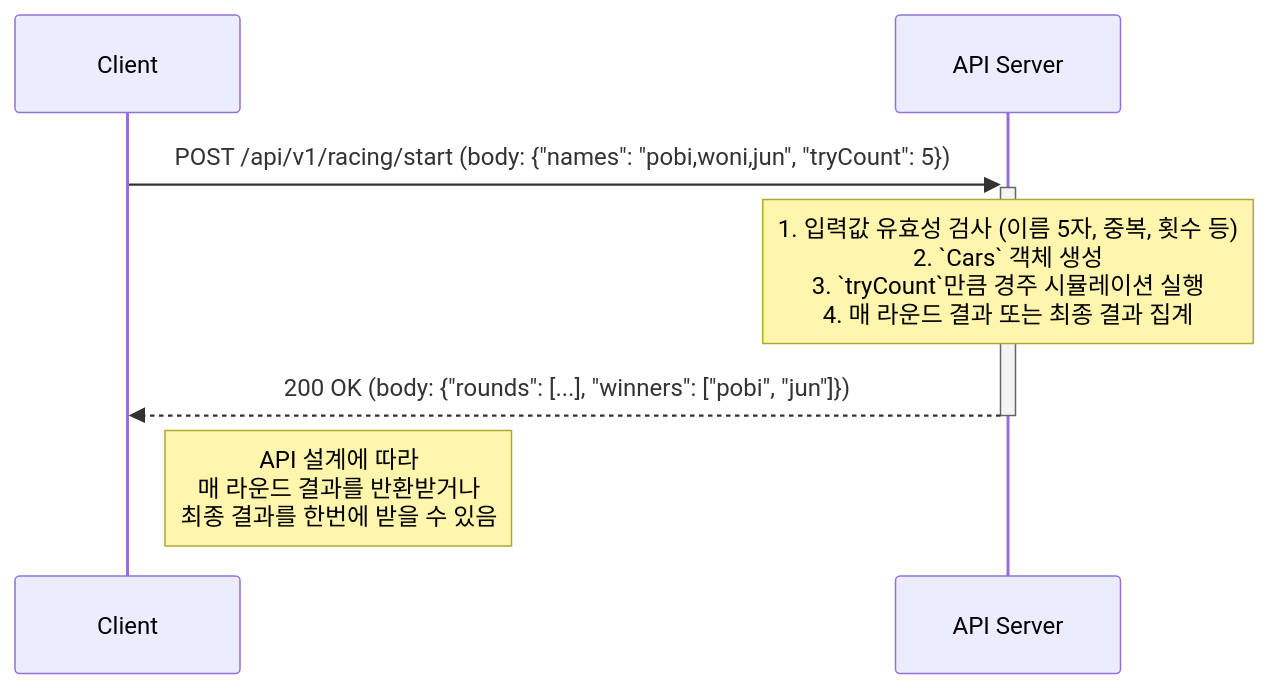
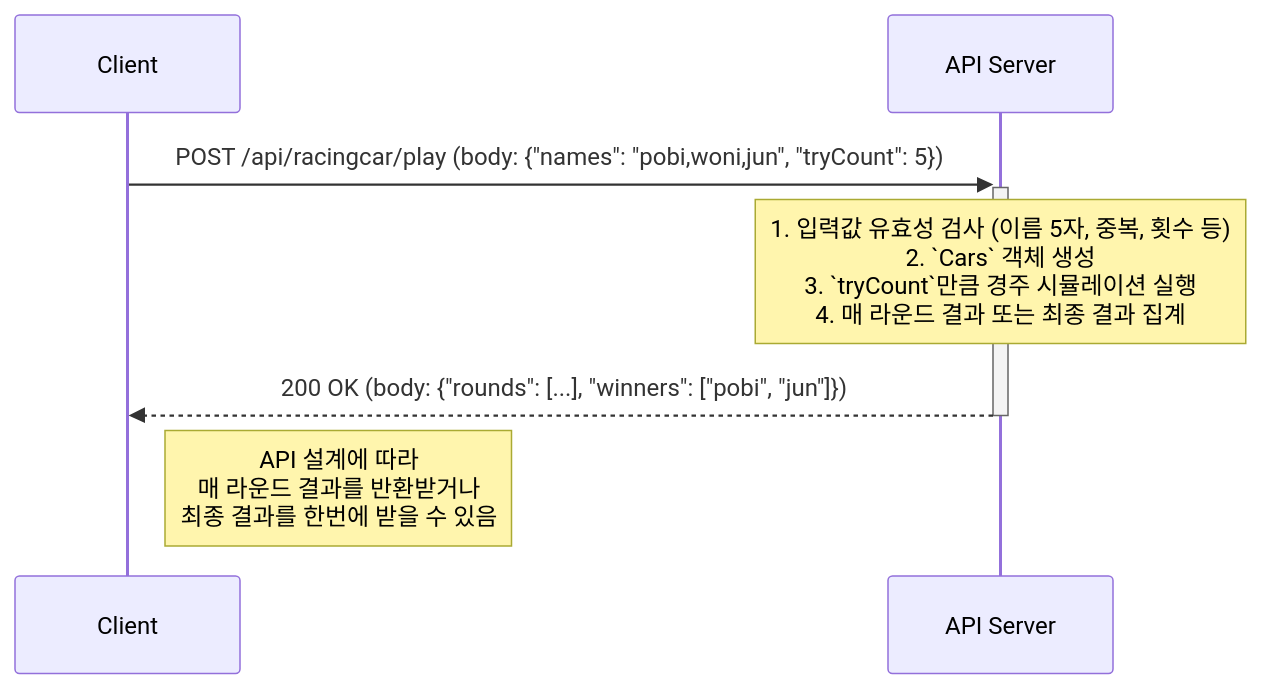
One commit to stdiodh/java-open-mission-8 changed the second of 3 diagrams in README.md. Above: the diagram before and after it, drawn with Mermaid. The commit also changed other lines of this file, not shown here.

First line of the commit message:
docs: API 흐름도 내 엔드포인트 URL 최신화함

````diff
--- a/README.md
+++ b/README.md
@@ -80,8 +80,8 @@
     ```mermaid
     sequenceDiagram
-        Client->>+API Server: POST /api/v1/racing/start (body: {"names": "pobi,woni,jun", "tryCount": 5})
+        Client->>+API Server: POST /api/racingcar/play (body: {"names": "pobi,woni,jun", "tryCount": 5})
         Note over API Server: 1. 입력값 유효성 검사 (이름 5자, 중복, 횟수 등)<br>2. `Cars` 객체 생성<br>3. `tryCount`만큼 경주 시뮬레이션 실행<br>4. 매 라운드 결과 또는 최종 결과 집계
         API Server-->>-Client: 200 OK (body: {"rounds": [...], "winners": ["pobi", "jun"]})
         
         Note right of Client: API 설계에 따라<br>매 라운드 결과를 반환받거나<br>최종 결과를 한번에 받을 수 있음
     ```
````
